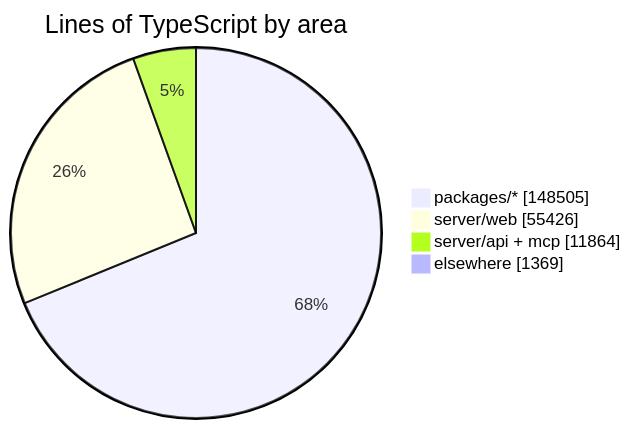
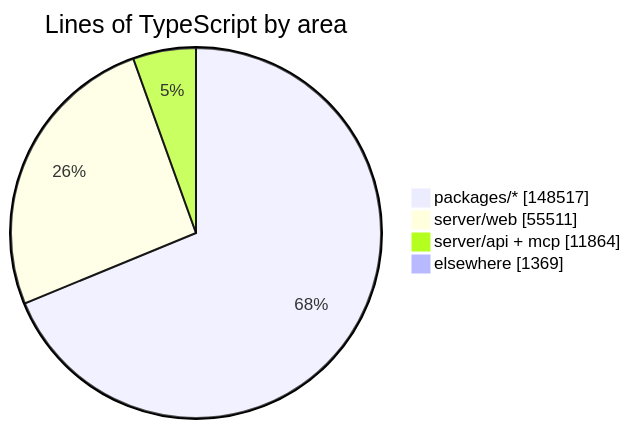
Before and after one commit to crossworks-engineering/mantle: the diagram in README.md, drawn with Mermaid. The commit also changed other lines of this file and 2 other files, not shown here.

````diff
--- a/README.md
+++ b/README.md
@@ -279,7 +279,7 @@
 ```mermaid
 pie showData title Lines of TypeScript by area
-    "packages/*" : 148505
-    "server/web" : 55426
+    "packages/*" : 148517
+    "server/web" : 55511
     "server/api + mcp" : 11864
     "elsewhere" : 1369
 ```
````
